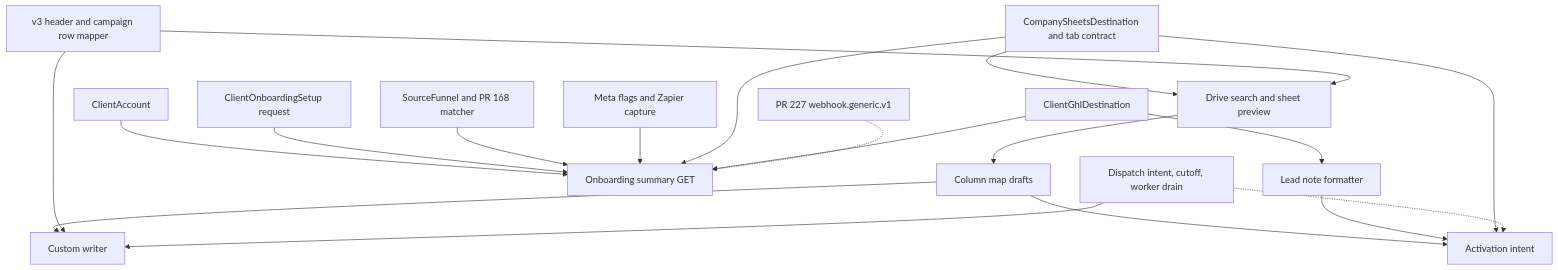
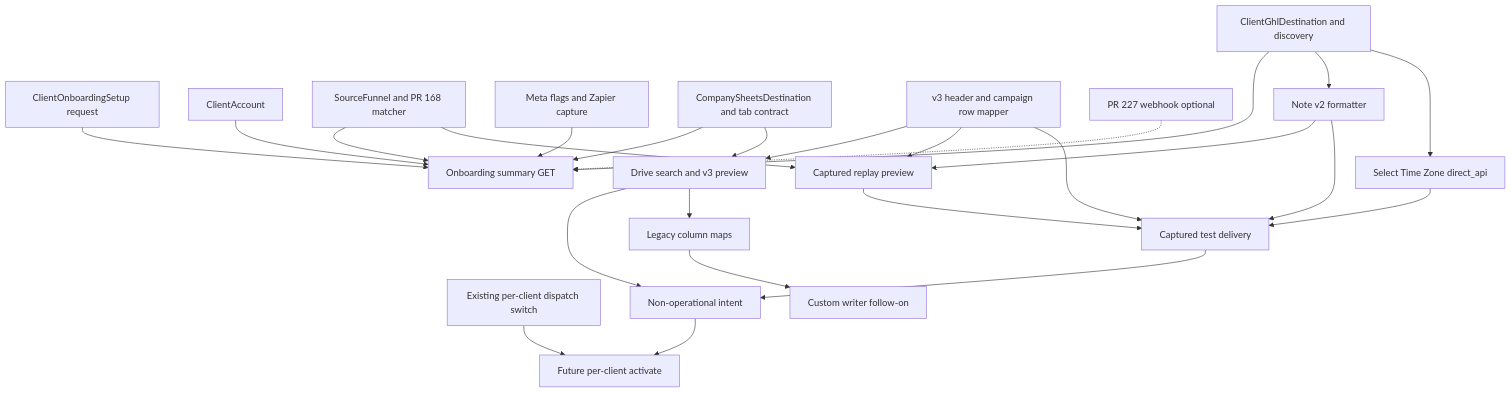
The diagram in docs/architecture/client-onboarding-v2.md (BirdofRain/sa360), drawn with Mermaid before and after one commit. The commit also changed other lines of this file and 1 other file, not shown here.

First line of the commit message:
Specify captured-lead delivery, full GHL notes, and Select Time Zone proof.

````diff
--- a/docs/architecture/client-onboarding-v2.md
+++ b/docs/architecture/client-onboarding-v2.md
@@ -932,37 +1296,47 @@
 ```mermaid
 flowchart TD
   setup["ClientOnboardingSetup request"]
   account["ClientAccount"]
   funnel["SourceFunnel and PR 168 matcher"]
   meta["Meta flags and Zapier capture"]
   sheetsDest["CompanySheetsDestination and tab contract"]
   v3["v3 header and campaign row mapper"]
-  dispatch["Dispatch intent, cutoff, worker drain"]
-  ghlDest["ClientGhlDestination"]
-  pr227["PR 227 webhook.generic.v1"]
+  dispatch["Existing per-client dispatch switch"]
+  ghlDest["ClientGhlDestination and discovery"]
+  pr227["PR 227 webhook optional"]
   summary["Onboarding summary GET"]
-  preview["Drive search and sheet preview"]
-  maps["Column map drafts"]
-  writer["Custom writer"]
-  notes["Lead note formatter"]
-  intent["Activation intent"]
+  preview["Drive search and v3 preview"]
+  notes["Note v2 formatter"]
+  workflow["Select Time Zone direct_api"]
+  replay["Captured replay preview"]
+  send["Captured test delivery"]
+  intent["Non-operational intent"]
+  activate["Future per-client activate"]
+  maps["Legacy column maps"]
+  writer["Custom writer follow-on"]
 
   account --> summary
   setup --> summary
   funnel --> summary
   meta --> summary
   sheetsDest --> summary
   ghlDest --> summary
-  pr227 -.-> summary
   sheetsDest --> preview
   v3 --> preview
+  preview --> intent
+  ghlDest --> notes
+  ghlDest --> workflow
+  notes --> replay
+  v3 --> replay
+  funnel --> replay
+  replay --> send
+  notes --> send
+  workflow --> send
+  v3 --> send
+  send --> intent
+  intent --> activate
+  dispatch --> activate
+  pr227 -.-> summary
   preview --> maps
   maps --> writer
-  v3 --> writer
-  dispatch --> writer
-  ghlDest --> notes
-  maps --> intent
-  notes --> intent
-  sheetsDest --> intent
-  dispatch -.-> intent
 ```
````
